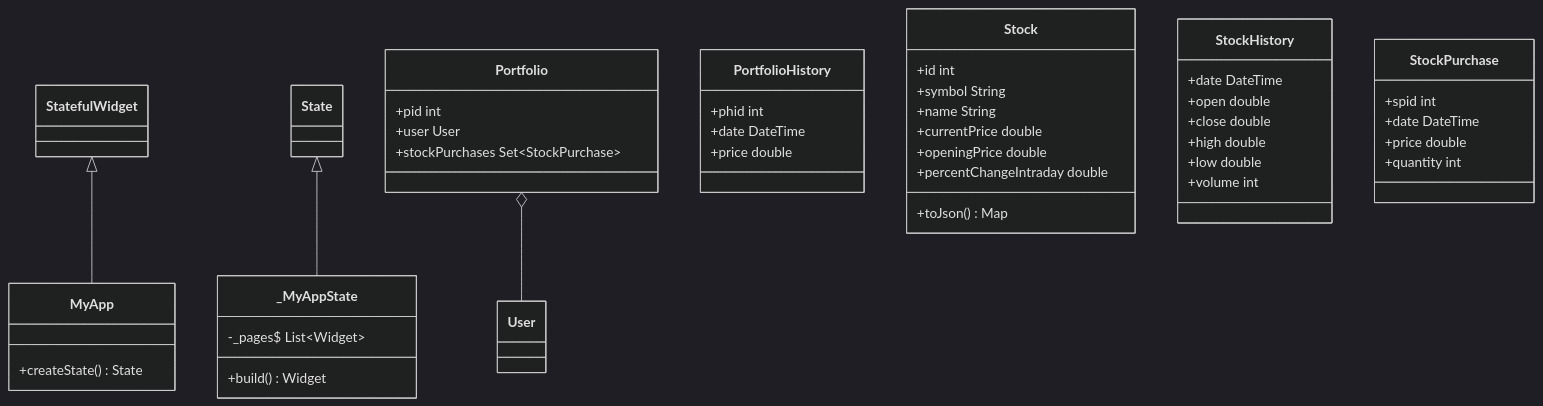
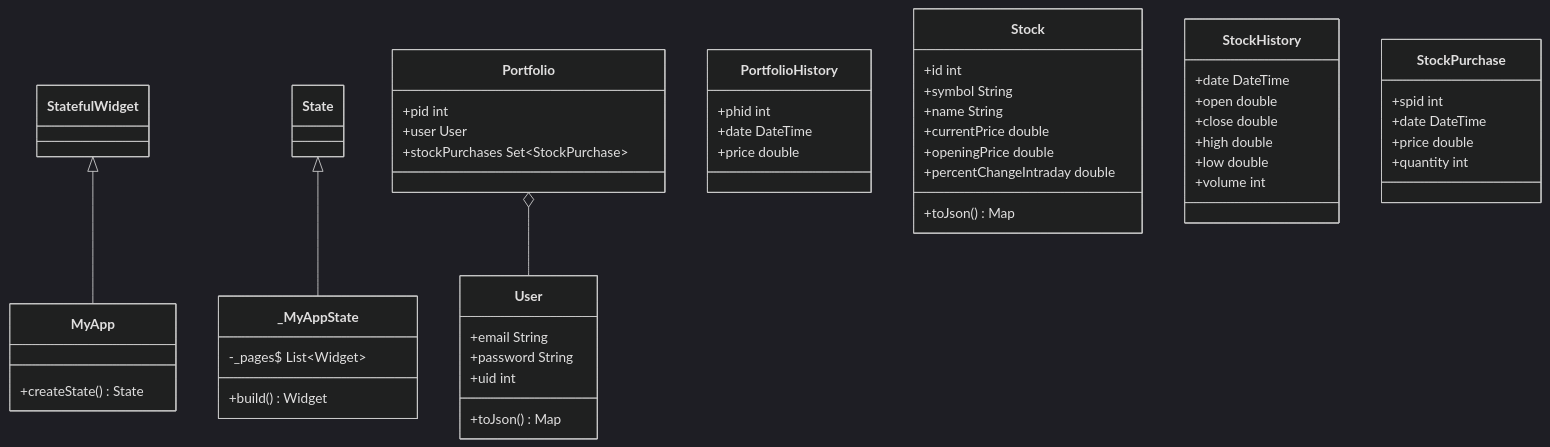
One commit to rednas-source/ExpensesApp changed the diagram in README.md. Above: the diagram before and after it, drawn with Mermaid (dark theme).

````diff
--- a/README.md
+++ b/README.md
@@ -21,48 +21,53 @@
 ```mermaid
 classDiagram
 class MyApp
 MyApp : +createState() State<MyApp>
 StatefulWidget <|-- MyApp
 
 class _MyAppState
 _MyAppState : -_pages$ List~Widget~
 _MyAppState : +build() Widget
 State <|-- _MyAppState
 
 class Portfolio
 Portfolio : +pid int
 Portfolio : +user User
 Portfolio o-- User
 Portfolio : +stockPurchases Set~StockPurchase~
 
 class PortfolioHistory
 PortfolioHistory : +phid int
 PortfolioHistory : +date DateTime
 PortfolioHistory : +price double
 
 class Stock
 Stock : +id int
 Stock : +symbol String
 Stock : +name String
 Stock : +currentPrice double
 Stock : +openingPrice double
 Stock : +percentChangeIntraday double
 Stock : +toJson() Map<String, dynamic>
 
 class StockHistory
 StockHistory : +date DateTime
 StockHistory : +open double
 StockHistory : +close double
 StockHistory : +high double
 StockHistory : +low double
 StockHistory : +volume int
 
 
 class StockPurchase
 StockPurchase : +spid int
 StockPurchase : +date DateTime
 StockPurchase : +price double
 StockPurchase : +quantity int
 
+class User
+User : +email String
+User : +password String
+User : +uid int
+User : +toJson() Map<String, dynamic>
 
 ```
````
